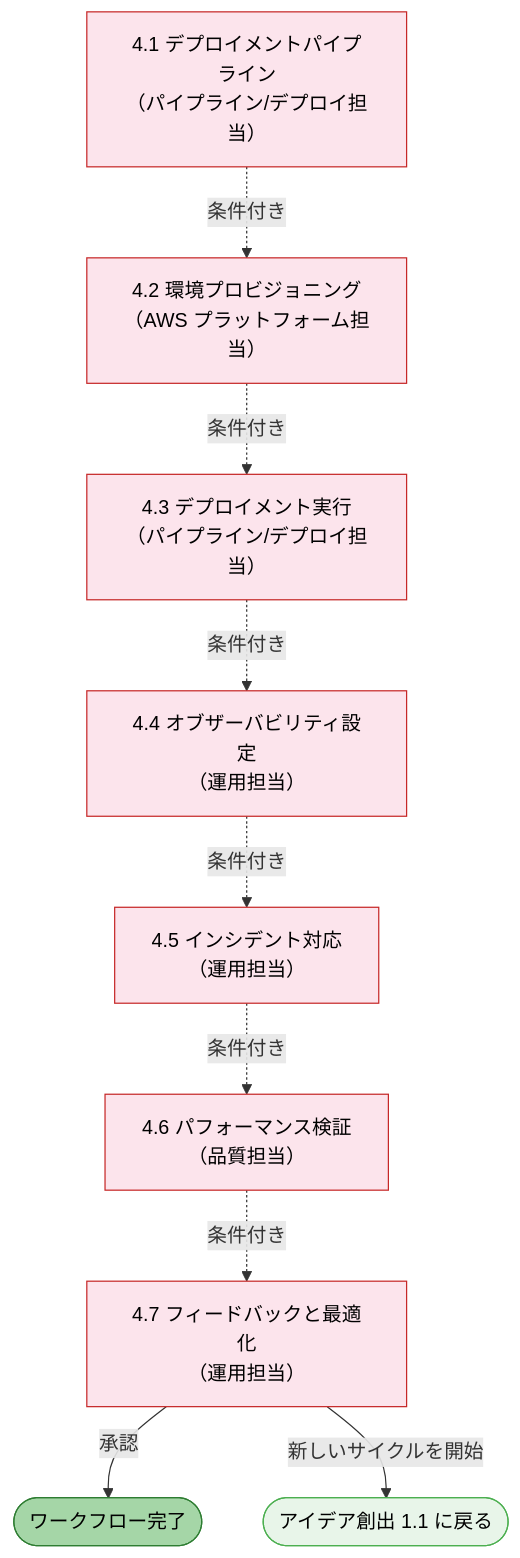
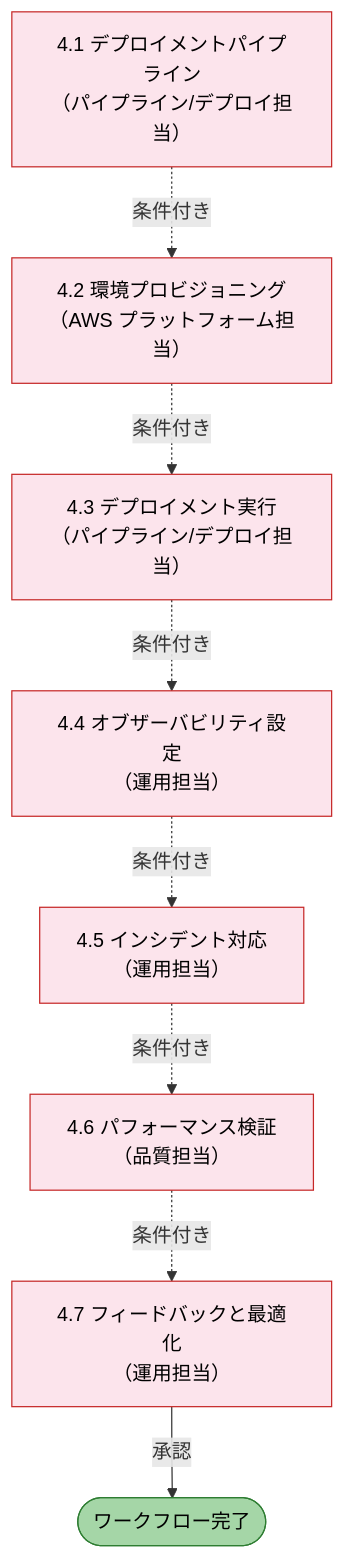
The fifth of 12 diagrams in docs/reference/ja/diagrams.md (otomatty/andon-for-aidlc), drawn with Mermaid before and after one commit. The commit also changed other lines of this file and 492 other files, not shown here.

````diff
--- a/docs/reference/ja/diagrams.md
+++ b/docs/reference/ja/diagrams.md
@@ -209,30 +209,28 @@
 ```mermaid
 flowchart TD
     S41["4.1 デプロイメントパイプライン\n（パイプライン/デプロイ担当）"]
     S42["4.2 環境プロビジョニング\n（AWS プラットフォーム担当）"]
     S43["4.3 デプロイメント実行\n（パイプライン/デプロイ担当）"]
     S44["4.4 オブザーバビリティ設定\n（運用担当）"]
     S45["4.5 インシデント対応\n（運用担当）"]
     S46["4.6 パフォーマンス検証\n（品質担当）"]
     S47["4.7 フィードバックと最適化\n（運用担当）"]
 
     S41 -.->|条件付き| S42
     S42 -.->|条件付き| S43
     S43 -.->|条件付き| S44
     S44 -.->|条件付き| S45
     S45 -.->|条件付き| S46
     S46 -.->|条件付き| S47
 
     S47 -->|"承認"| DONE(["ワークフロー完了"])
-    S47 -->|"新しいサイクルを開始"| IDEATION(["アイデア創出 1.1 に戻る"])
 
     style S41 fill:#fce4ec,stroke:#c62828,color:#000
     style S42 fill:#fce4ec,stroke:#c62828,color:#000
     style S43 fill:#fce4ec,stroke:#c62828,color:#000
     style S44 fill:#fce4ec,stroke:#c62828,color:#000
     style S45 fill:#fce4ec,stroke:#c62828,color:#000
     style S46 fill:#fce4ec,stroke:#c62828,color:#000
     style S47 fill:#fce4ec,stroke:#c62828,color:#000
     style DONE fill:#a5d6a7,stroke:#2e7d32,color:#000
-    style IDEATION fill:#e8f5e9,stroke:#4caf50,color:#000
 ```
````
